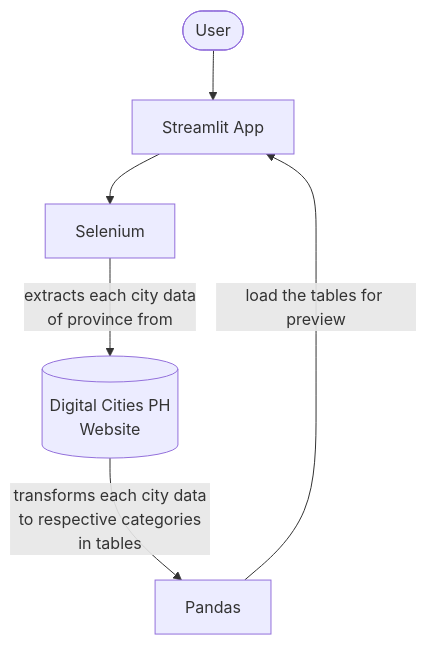
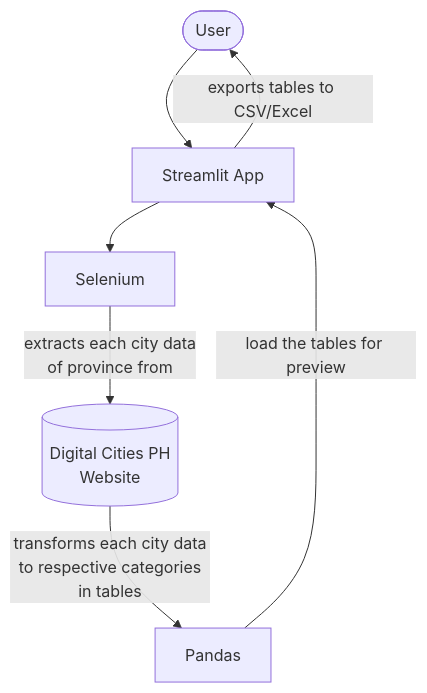
The diagram in README.md (frvfrvr/digicitiesph), drawn with Mermaid before and after one commit.

````diff
--- a/README.md
+++ b/README.md
@@ -5,9 +5,10 @@
 ```mermaid
 flowchart TD
     A([User]) --> B[Streamlit App]
     B --> C[Selenium]
     C -- extracts each city data\nof province from --> D[(Digital Cities PH\n Website)] 
     D -- transforms each city data\n to respective categories in tables --> E[Pandas]
     E -- load the tables for preview --> B
+    B -- exports tables to CSV/Excel --> A
 
 ```
````
